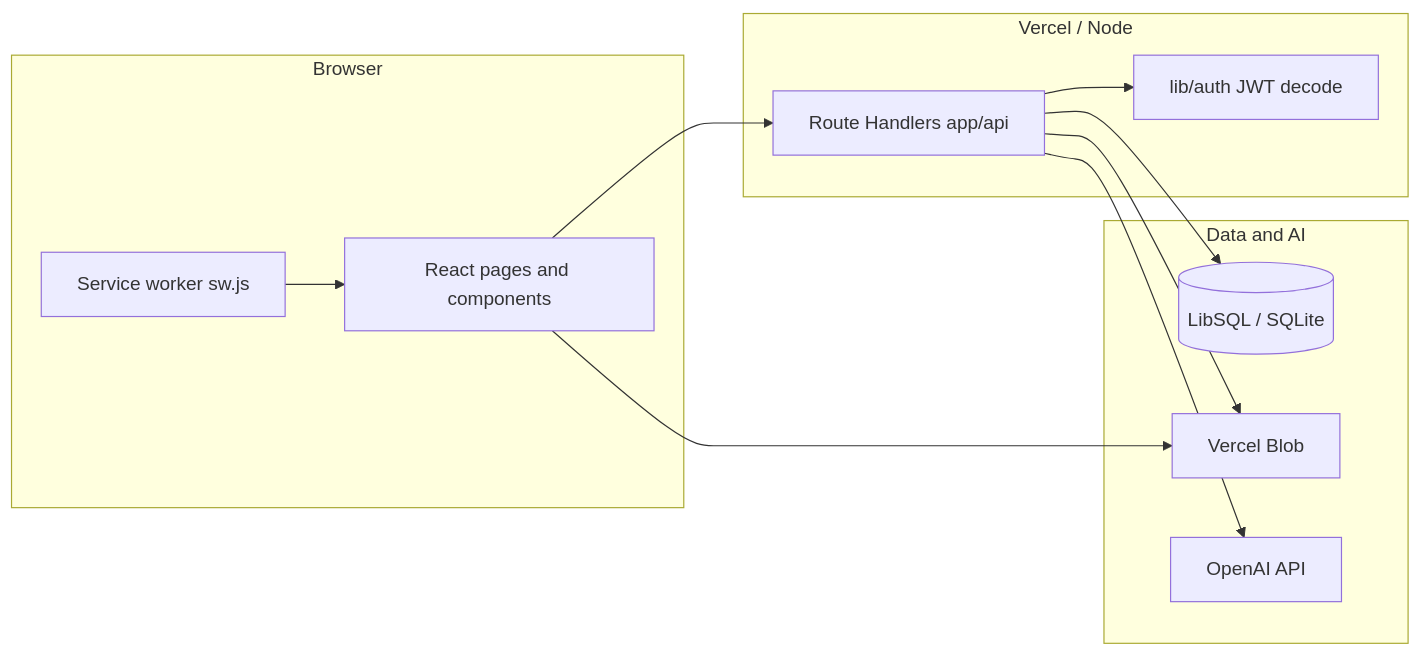
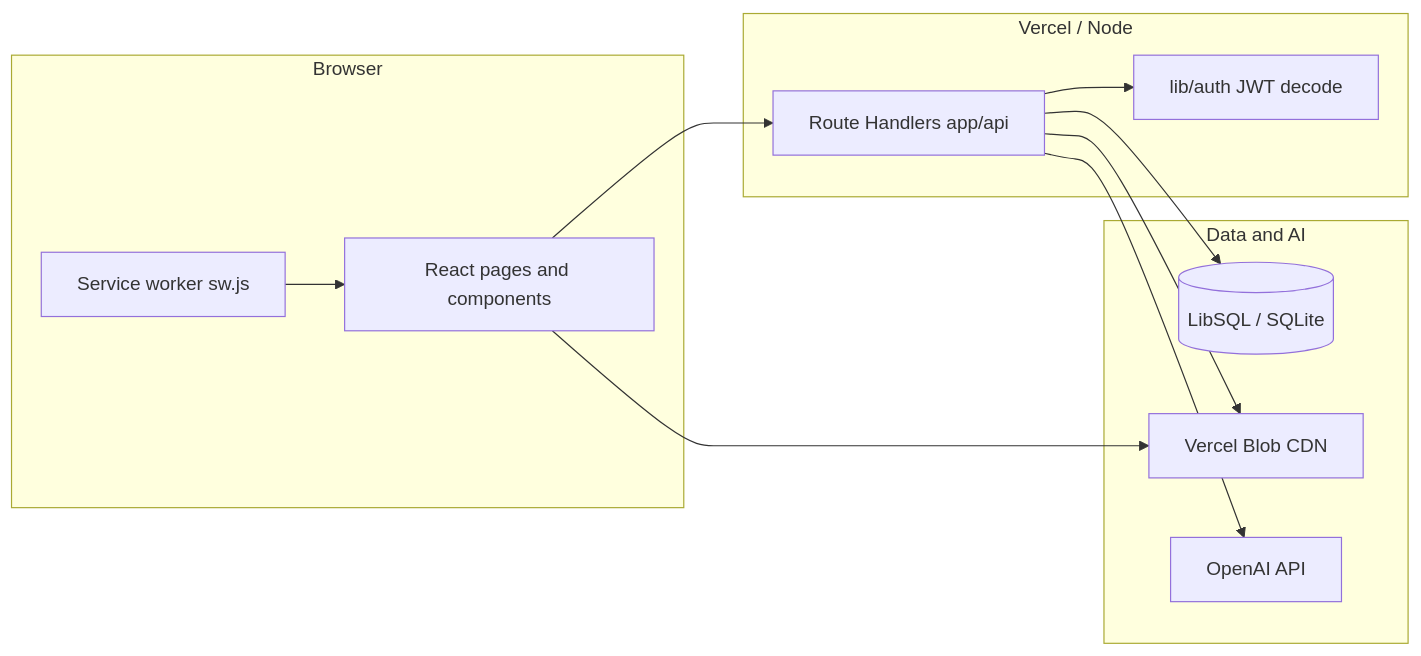
Before and after one commit to DragxnScale/idk: the first of 2 diagrams in docs/ARCHITECTURE.md, drawn with Mermaid. The commit also changed other lines of this file and 1 other file, not shown here.

First line of the commit message:
docs: bring ARCHITECTURE.md fully up to date

````diff
--- a/docs/ARCHITECTURE.md
+++ b/docs/ARCHITECTURE.md
@@ -11,23 +11,23 @@
 ```mermaid
 flowchart LR
   subgraph client [Browser]
     UI[React pages and components]
     SW[Service worker sw.js]
   end
   subgraph vercel [Vercel / Node]
     API[Route Handlers app/api]
     Auth[lib/auth JWT decode]
   end
   subgraph data [Data and AI]
     DB[(LibSQL / SQLite)]
-    Blob[Vercel Blob]
+    Blob[Vercel Blob CDN]
     OAI[OpenAI API]
   end
   UI --> API
   UI --> Blob
   API --> Auth
   API --> DB
   API --> Blob
   API --> OAI
   SW --> UI
 ```
````
